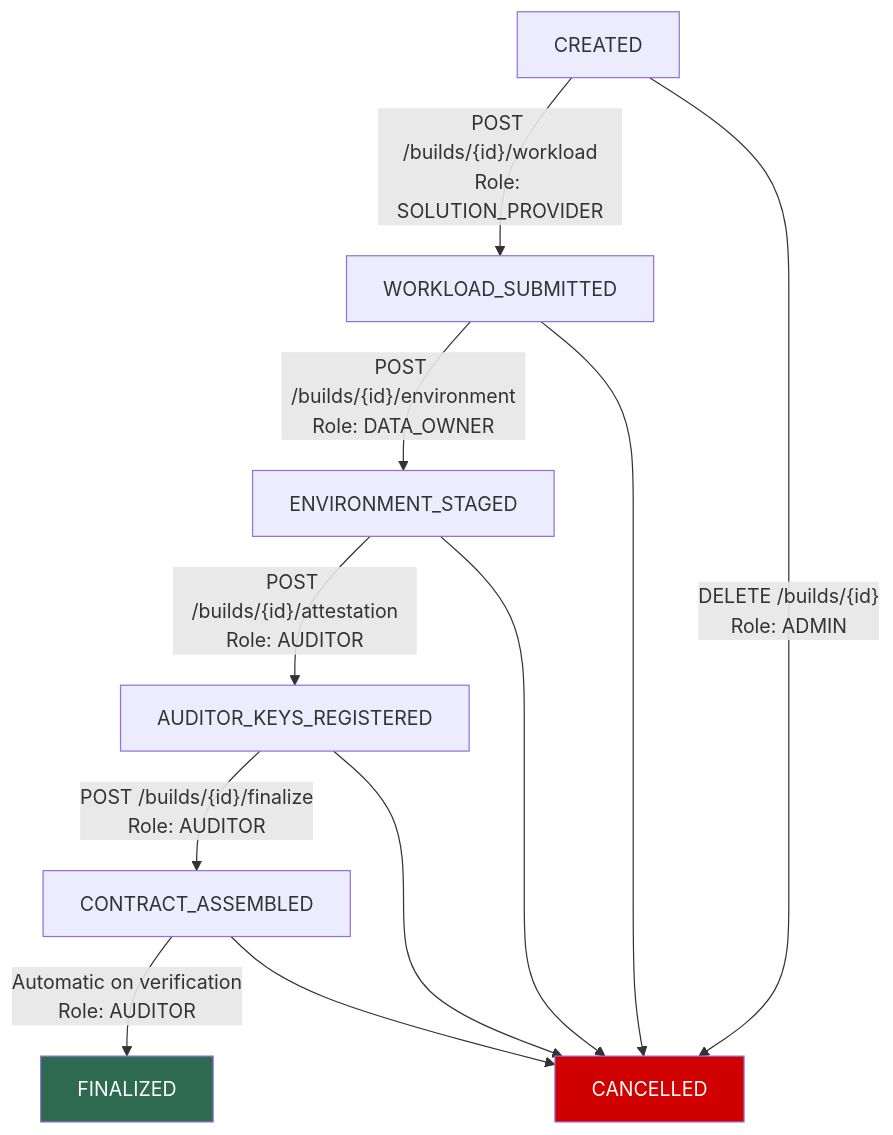
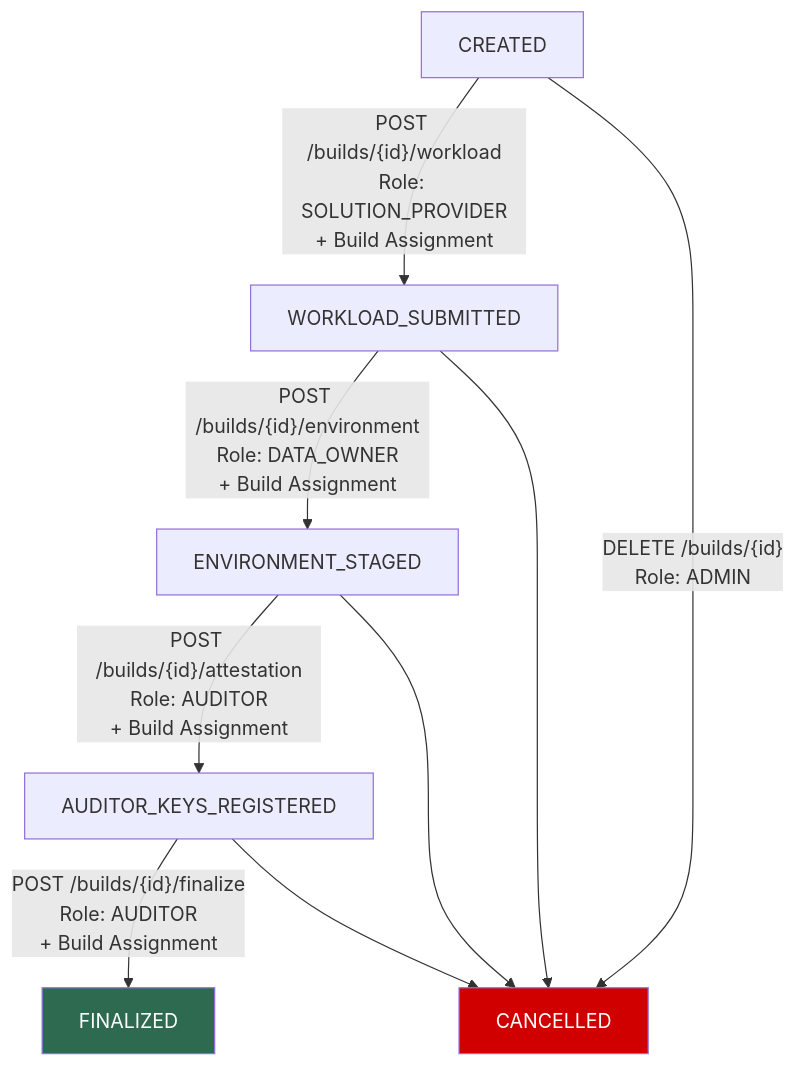
One commit to Sashwat-K/persona-based-contract-generator changed the second of 4 diagrams in Design/low-level-design.md. Above: the diagram before and after it, drawn with Mermaid. The commit also changed other lines of this file and 2 other files, not shown here.

````diff
--- a/Design/low-level-design.md
+++ b/Design/low-level-design.md
@@ -350,17 +422,15 @@
 ```mermaid
 flowchart TD
-    A[CREATED] -->|"POST /builds/{id}/workload<br/>Role: SOLUTION_PROVIDER"| B[WORKLOAD_SUBMITTED]
-    B -->|"POST /builds/{id}/environment<br/>Role: DATA_OWNER"| C[ENVIRONMENT_STAGED]
-    C -->|"POST /builds/{id}/attestation<br/>Role: AUDITOR"| D[AUDITOR_KEYS_REGISTERED]
-    D -->|"POST /builds/{id}/finalize<br/>Role: AUDITOR"| E[CONTRACT_ASSEMBLED]
-    E -->|"Automatic on verification<br/>Role: AUDITOR"| F[FINALIZED]
+    A[CREATED] -->|"POST /builds/{id}/workload<br/>Role: SOLUTION_PROVIDER<br/>+ Build Assignment"| B[WORKLOAD_SUBMITTED]
+    B -->|"POST /builds/{id}/environment<br/>Role: DATA_OWNER<br/>+ Build Assignment"| C[ENVIRONMENT_STAGED]
+    C -->|"POST /builds/{id}/attestation<br/>Role: AUDITOR<br/>+ Build Assignment"| D[AUDITOR_KEYS_REGISTERED]
+    D -->|"POST /builds/{id}/finalize<br/>Role: AUDITOR<br/>+ Build Assignment"| E[FINALIZED]
 
-    A -->|"DELETE /builds/{id}<br/>Role: ADMIN"| G[CANCELLED]
-    B --> G
-    C --> G
-    D --> G
-    E --> G
+    A -->|"DELETE /builds/{id}<br/>Role: ADMIN"| F[CANCELLED]
+    B --> F
+    C --> F
+    D --> F
 
-    style F fill:#2d6a4f,color:#fff
-    style G fill:#d00000,color:#fff
+    style E fill:#2d6a4f,color:#fff
+    style F fill:#d00000,color:#fff
 ```
````
